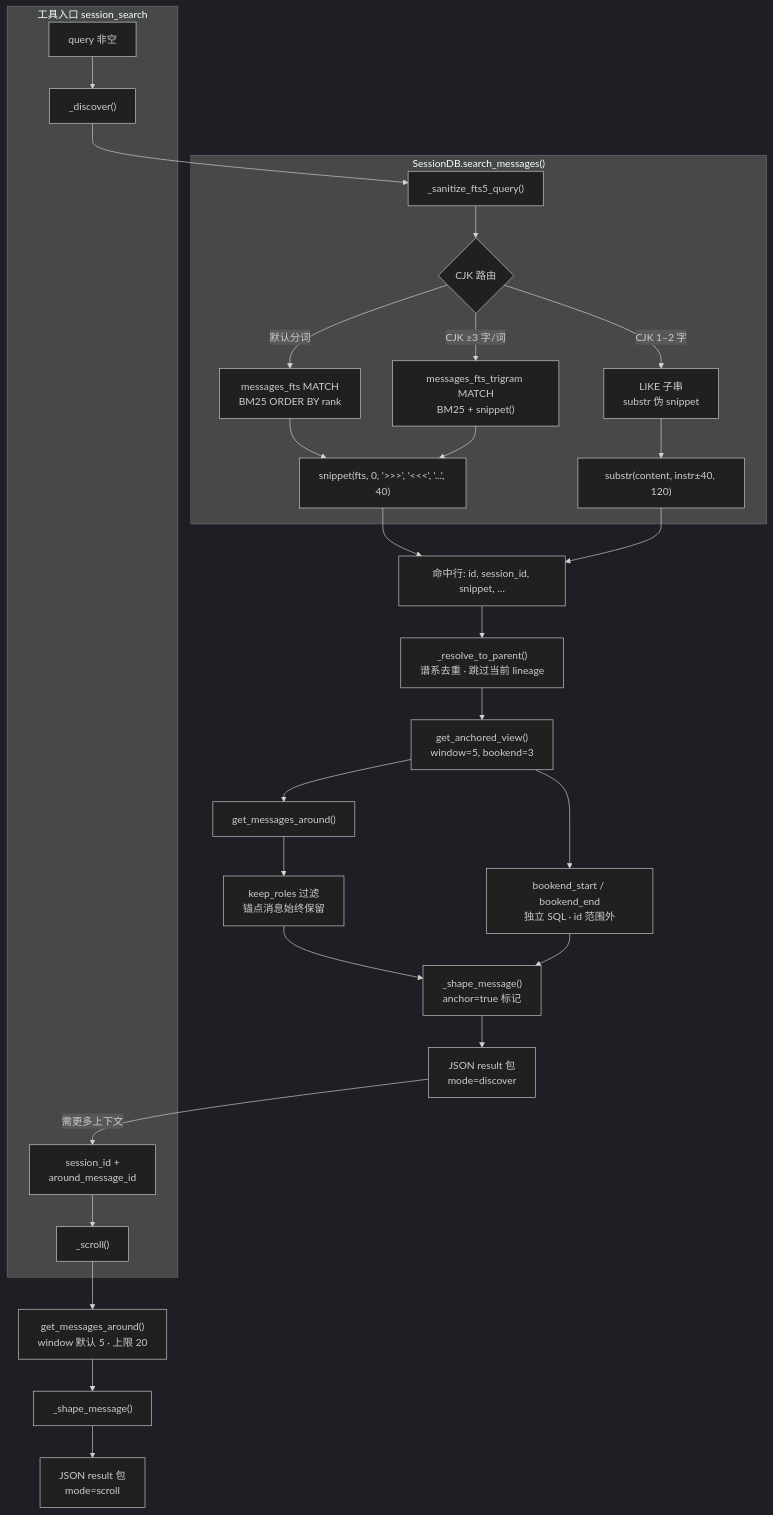
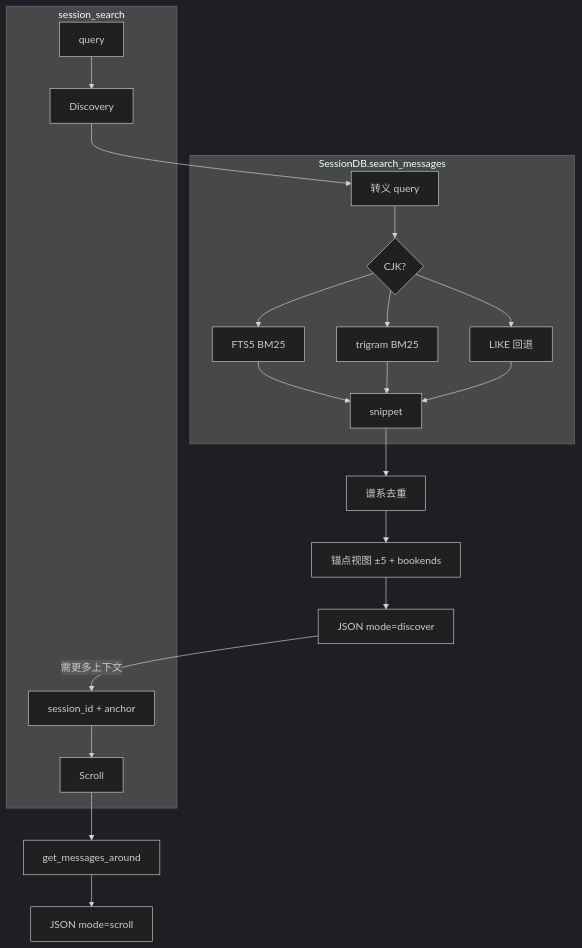
Before and after one commit to wolf-wolf/ai-tell-ai: the third of 3 diagrams in docs/latest/hermes-agent-memory.md, drawn with Mermaid (dark theme). The commit also changed other lines of this file and 25 other files, not shown here.

````diff
--- a/docs/latest/hermes-agent-memory.md
+++ b/docs/latest/hermes-agent-memory.md
@@ -390,32 +258,24 @@
 ```mermaid
 flowchart TB
-  subgraph entry ["工具入口 session_search"]
-    Q["query 非空"] --> DISC["_discover()"]
-    SID["session_id +<br/>around_message_id"] --> SCR["_scroll()"]
+  subgraph entry [session_search]
+    Q[query] --> DISC[Discovery]
+    SID[session_id + anchor] --> SCR[Scroll]
   end
-  subgraph fts ["SessionDB.search_messages()"]
-    SAN["_sanitize_fts5_query()"]
-    SAN --> ROUTE{"CJK 路由"}
-    ROUTE -->|"默认分词"| FTS["messages_fts MATCH<br/>BM25 ORDER BY rank"]
-    ROUTE -->|"CJK ≥3 字/词"| TRI["messages_fts_trigram MATCH<br/>BM25 + snippet()"]
-    ROUTE -->|"CJK 1–2 字"| LIKE["LIKE 子串<br/>substr 伪 snippet"]
-    FTS --> SNIP["snippet(fts, 0, '>>>', '<<<', '...', 40)"]
+  subgraph fts [SessionDB.search_messages]
+    SAN[转义 query]
+    SAN --> ROUTE{CJK?}
+    ROUTE --> FTS[FTS5 BM25]
+    ROUTE --> TRI[trigram BM25]
+    ROUTE --> LIKE[LIKE 回退]
+    FTS --> SNIP[snippet]
     TRI --> SNIP
-    LIKE --> SNIP2["substr(content, instr±40, 120)"]
+    LIKE --> SNIP
   end
   DISC --> SAN
-  SNIP --> RAW["命中行: id, session_id, snippet, …"]
-  SNIP2 --> RAW
-  RAW --> DEDUP["_resolve_to_parent()<br/>谱系去重 · 跳过当前 lineage"]
-  DEDUP --> GAV["get_anchored_view()<br/>window=5, bookend=3"]
-  GAV --> GMA["get_messages_around()"]
-  GAV --> BK["bookend_start / bookend_end<br/>独立 SQL · id 范围外"]
-  GMA --> FILT["keep_roles 过滤<br/>锚点消息始终保留"]
-  FILT --> SHAPE["_shape_message()<br/>anchor=true 标记"]
-  BK --> SHAPE
-  SHAPE --> PKG["JSON result 包<br/>mode=discover"]
-  SCR --> GMA2["get_messages_around()<br/>window 默认 5 · 上限 20"]
-  GMA2 --> SHAPE2["_shape_message()"]
-  SHAPE2 --> PKG2["JSON result 包<br/>mode=scroll"]
-  PKG -->|"需更多上下文"| SID
+  SNIP --> DEDUP[谱系去重]
+  DEDUP --> VIEW[锚点视图 ±5 + bookends]
+  VIEW --> PKG[JSON mode=discover]
+  SCR --> WIN[get_messages_around]
+  WIN --> PKG2[JSON mode=scroll]
+  PKG -->|需更多上下文| SID
 ```
````
